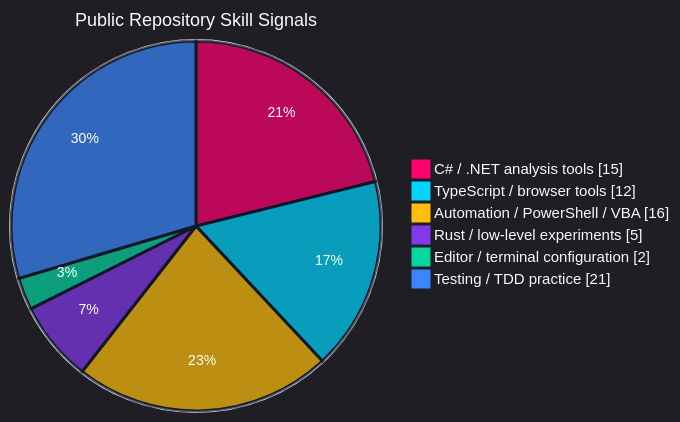
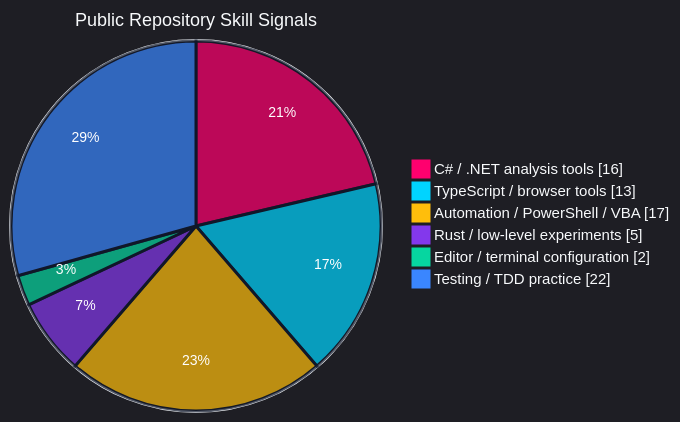
Before and after one commit to SSsan-00/SSsan-00: the first of 4 diagrams in README.md, drawn with Mermaid. The commit also changed other lines of this file and 2 other files, not shown here.

````diff
--- a/README.md
+++ b/README.md
@@ -44,11 +44,11 @@
 ```mermaid
 %%{init: {"theme":"dark","themeVariables":{"background":"#0f172a","mainBkg":"#0f172a","textColor":"#f8fafc","primaryTextColor":"#f8fafc","pieStrokeColor":"#0f172a","pieStrokeWidth":"3px","pieOuterStrokeColor":"#f8fafc","pieOuterStrokeWidth":"2px","pieTitleTextColor":"#f8fafc","pieTitleTextSize":"18px","pieLegendTextColor":"#f8fafc","pieLegendTextSize":"15px","pieSectionTextColor":"#ffffff","pieSectionTextSize":"14px","pie1":"#ff006e","pie2":"#00d4ff","pie3":"#ffbe0b","pie4":"#8338ec","pie5":"#06d6a0","pie6":"#3a86ff"}}}%%
 pie showData
   title Public Repository Skill Signals
-  "C# / .NET analysis tools" : 15
-  "TypeScript / browser tools" : 12
-  "Automation / PowerShell / VBA" : 16
+  "C# / .NET analysis tools" : 16
+  "TypeScript / browser tools" : 13
+  "Automation / PowerShell / VBA" : 17
   "Rust / low-level experiments" : 5
   "Editor / terminal configuration" : 2
-  "Testing / TDD practice" : 21
+  "Testing / TDD practice" : 22
 ```
````
